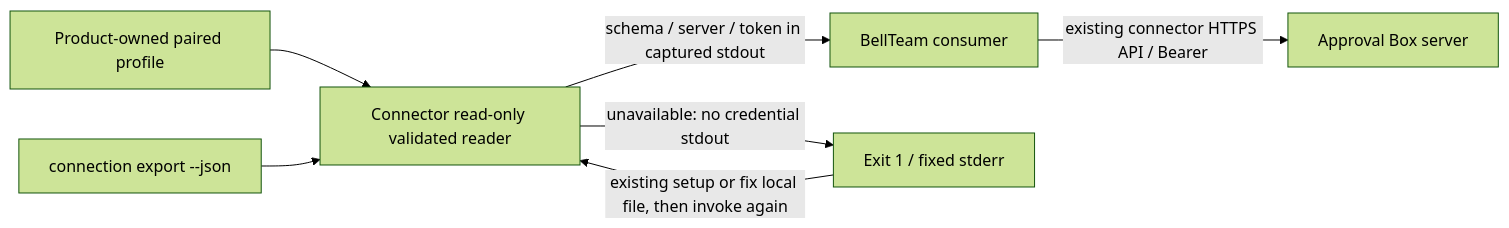
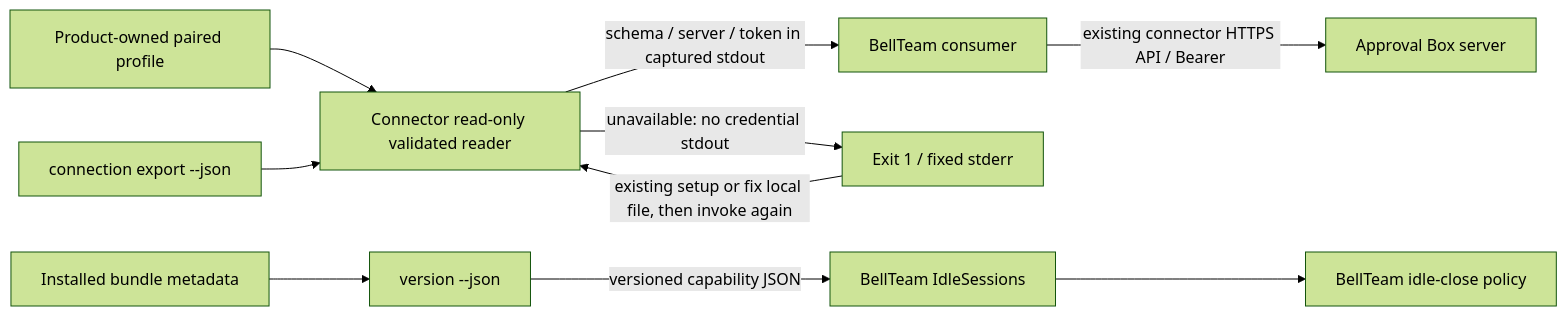
One commit to kitepon/approval-box changed the diagram in docs/architecture/connection-export.md. Above: the diagram before and after it, drawn with Mermaid (forest theme). The commit also changed other lines of this file and 6 other files, not shown here.

````diff
--- a/docs/architecture/connection-export.md
+++ b/docs/architecture/connection-export.md
@@ -25,9 +25,12 @@
 ```mermaid
 flowchart LR
   C[Product-owned paired profile] --> R[Connector read-only validated reader]
   A[connection export --json] --> R
   R -->|schema / server / token in captured stdout| B[BellTeam consumer]
   B -->|existing connector HTTPS API / Bearer| S[Approval Box server]
   R -->|unavailable: no credential stdout| E[Exit 1 / fixed stderr]
   E -->|existing setup or fix local file, then invoke again| R
+  V[Installed bundle metadata] --> Q[version --json]
+  Q -->|versioned capability JSON| I[BellTeam IdleSessions]
+  I --> D[BellTeam idle-close policy]
 ```
````
